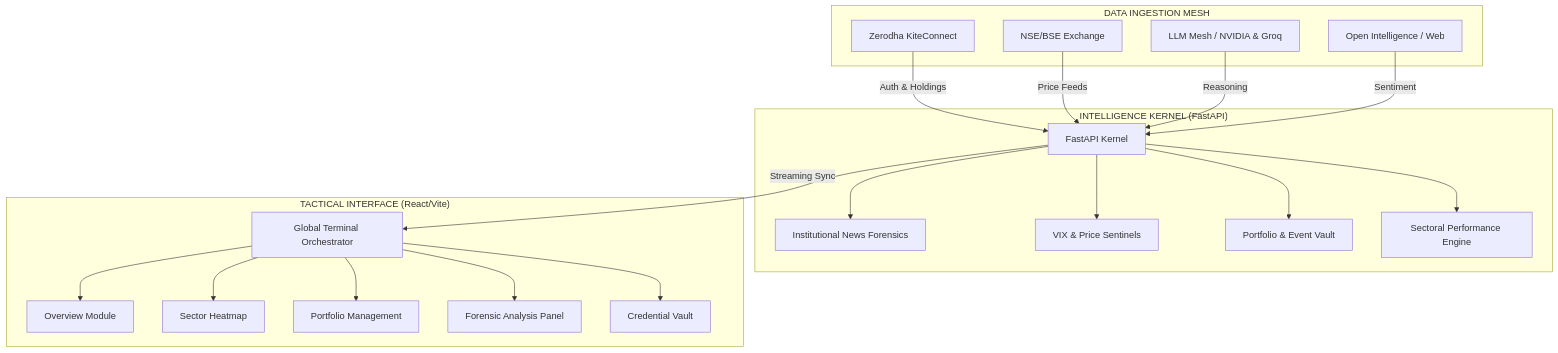
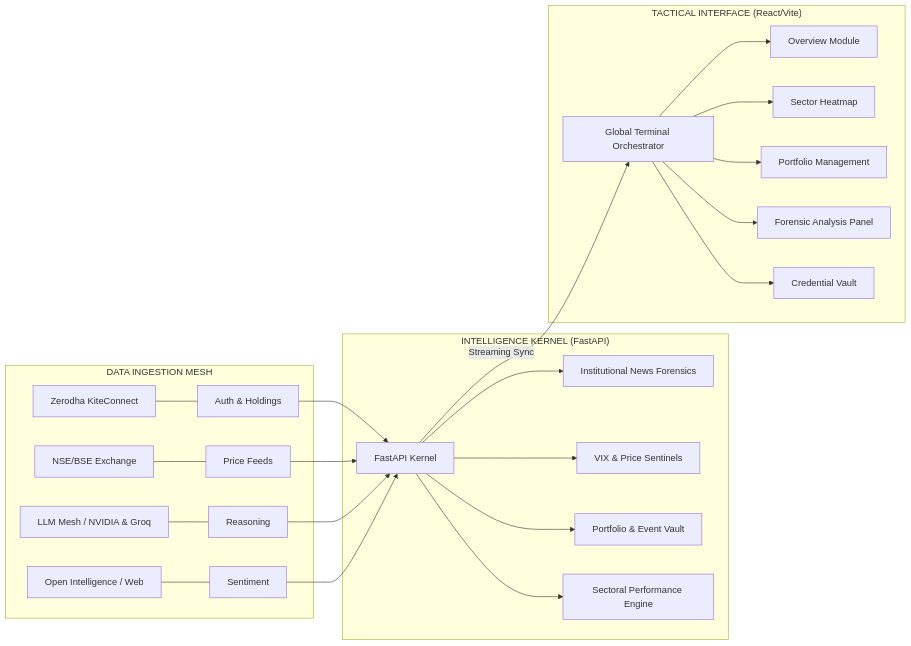
Before and after one commit to hackers-reality/FinIntel: the diagram in README.md, drawn with Mermaid. The commit also changed other lines of this file, not shown here.

Commit message:
docs: Sovereign 4.7 - High-Fidelity Strategic Map Restoration & Final Mastery

````diff
--- a/README.md
+++ b/README.md
@@ -8,26 +8,32 @@
 ```mermaid
-graph TD
+graph LR
+    subgraph "DATA INGESTION MESH"
+        L[Zerodha KiteConnect] --- L1[Auth & Holdings]
+        M[NSE/BSE Exchange] --- M1[Price Feeds]
+        N[LLM Mesh / NVIDIA & Groq] --- N1[Reasoning]
+        O[Open Intelligence / Web] --- O1[Sentiment]
+    end
+
     subgraph "INTELLIGENCE KERNEL (FastAPI)"
-        A[FastAPI Kernel] --> B[Institutional News Forensics]
+        L1 --> A[FastAPI Kernel]
+        M1 --> A
+        N1 --> A
+        O1 --> A
+        
+        A --> B[Institutional News Forensics]
         A --> C[VIX & Price Sentinels]
         A --> D[Portfolio & Event Vault]
         A --> E[Sectoral Performance Engine]
     end
 
     subgraph "TACTICAL INTERFACE (React/Vite)"
-        F[Global Terminal Orchestrator] --> G[Overview Module]
+        F[Global Terminal Orchestrator]
+        F --> G[Overview Module]
         F --> H[Sector Heatmap]
         F --> I[Portfolio Management]
         F --> J[Forensic Analysis Panel]
         F --> K[Credential Vault]
     end
 
-    subgraph "DATA INGESTION MESH"
-        L[Zerodha KiteConnect] -->|Auth & Holdings| A
-        M[NSE/BSE Exchange] -->|Price Feeds| A
-        N[LLM Mesh / NVIDIA & Groq] -->|Reasoning| A
-        O[Open Intelligence / Web] -->|Sentiment| A
-    end
-
     A -->|Streaming Sync| F
 ```
````
